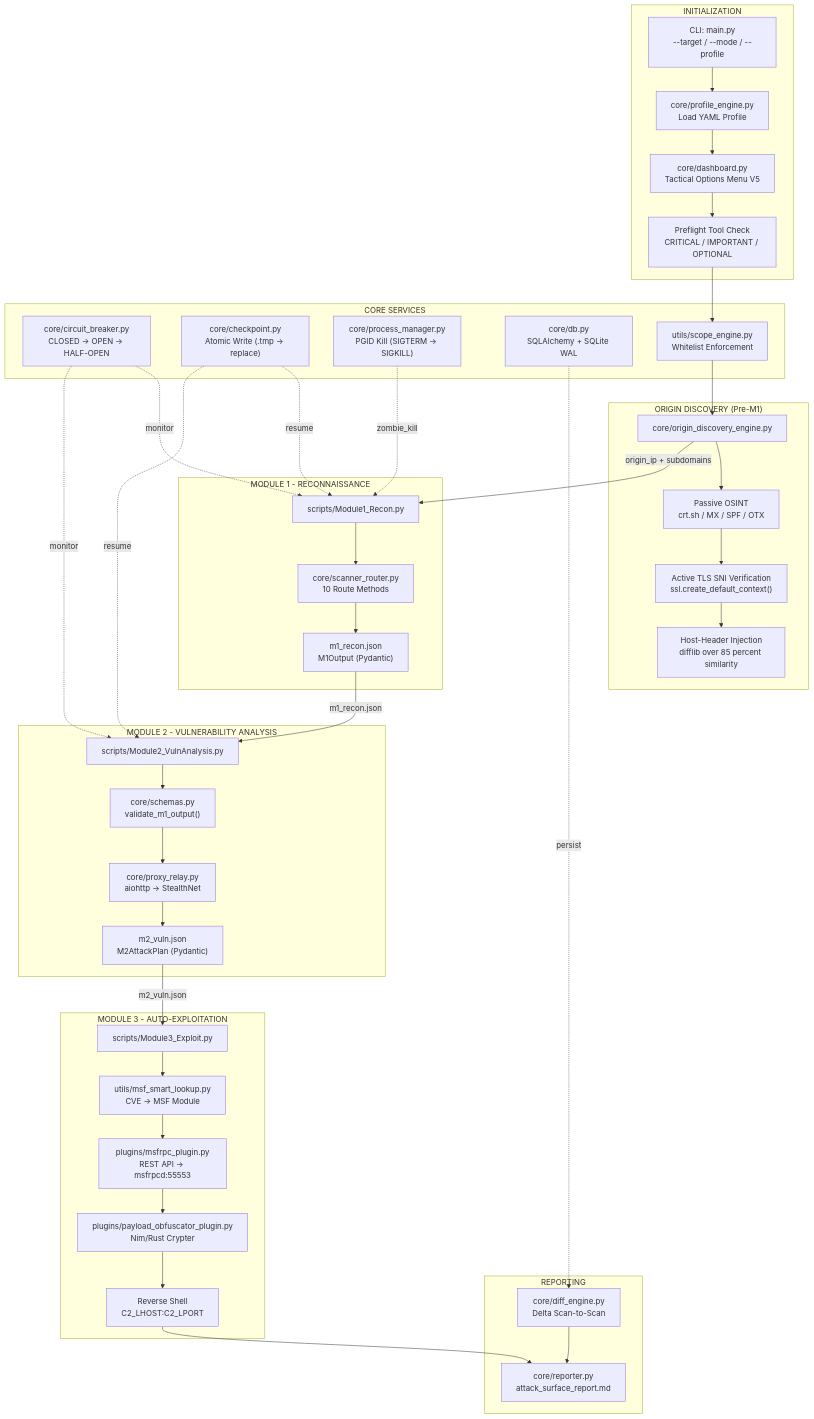
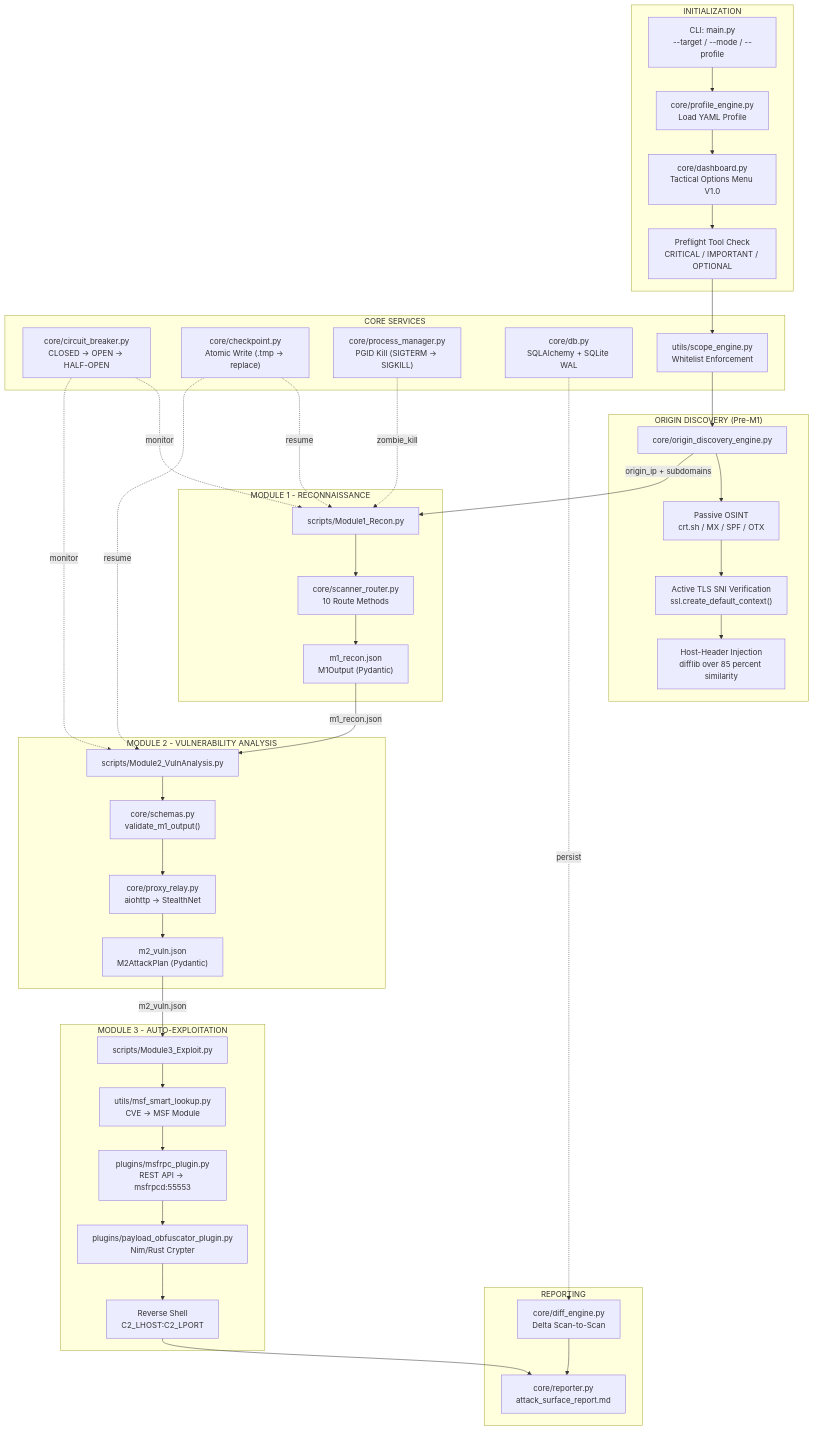
The first of 8 diagrams in README.md (Tc3s/PenLabs), drawn with Mermaid before and after one commit.

Commit message:
docs: update README.md to ensure strict PenLabs V1.0 branding and architecture references

````diff
--- a/README.md
+++ b/README.md
@@ -198,72 +198,72 @@
 ```mermaid
 graph TB
     subgraph INIT["INITIALIZATION"]
         CLI["CLI: main.py<br/>--target / --mode / --profile"]
         PROFILE["core/profile_engine.py<br/>Load YAML Profile"]
-        TUI["core/dashboard.py<br/>Tactical Options Menu V5"]
+        TUI["core/dashboard.py<br/>Tactical Options Menu V1.0"]
         PREFLIGHT["Preflight Tool Check<br/>CRITICAL / IMPORTANT / OPTIONAL"]
         CLI --> PROFILE
         PROFILE --> TUI
         TUI --> PREFLIGHT
     end
 
     subgraph SERVICES["CORE SERVICES"]
         CB["core/circuit_breaker.py<br/>CLOSED -> OPEN -> HALF-OPEN"]
         CKPT["core/checkpoint.py<br/>Atomic Write (.tmp -> replace)"]
         PM["core/process_manager.py<br/>PGID Kill (SIGTERM -> SIGKILL)"]
         DB["core/db.py<br/>SQLAlchemy + SQLite WAL"]
         SCOPE["utils/scope_engine.py<br/>Whitelist Enforcement"]
     end
 
     subgraph ORIGIN["ORIGIN DISCOVERY (Pre-M1)"]
         ODE["core/origin_discovery_engine.py"]
         OSINT["Passive OSINT<br/>crt.sh / MX / SPF / OTX"]
         TLS_SNI["Active TLS SNI Verification<br/>ssl.create_default_context()"]
         HOST_HDR["Host-Header Injection<br/>difflib over 85 percent similarity"]
         ODE --> OSINT --> TLS_SNI --> HOST_HDR
     end
 
     subgraph M1["MODULE 1 - RECONNAISSANCE"]
         M1_SCRIPT["scripts/Module1_Recon.py"]
         SR["core/scanner_router.py<br/>10 Route Methods"]
         M1_OUT["m1_recon.json<br/>M1Output (Pydantic)"]
         M1_SCRIPT --> SR --> M1_OUT
     end
 
     subgraph M2["MODULE 2 - VULNERABILITY ANALYSIS"]
         M2_SCRIPT["scripts/Module2_VulnAnalysis.py"]
         SCHEMA_V["core/schemas.py<br/>validate_m1_output()"]
         RELAY["core/proxy_relay.py<br/>aiohttp -> StealthNet"]
         M2_OUT["m2_vuln.json<br/>M2AttackPlan (Pydantic)"]
         M2_SCRIPT --> SCHEMA_V --> RELAY --> M2_OUT
     end
 
     subgraph M3["MODULE 3 - AUTO-EXPLOITATION"]
         M3_SCRIPT["scripts/Module3_Exploit.py"]
         MSF_LOOKUP["utils/msf_smart_lookup.py<br/>CVE -> MSF Module"]
         MSF_RPC["plugins/msfrpc_plugin.py<br/>REST API -> msfrpcd:55553"]
         PAYLOAD["plugins/payload_obfuscator_plugin.py<br/>Nim/Rust Crypter"]
         SHELL["Reverse Shell<br/>C2_LHOST:C2_LPORT"]
         M3_SCRIPT --> MSF_LOOKUP --> MSF_RPC --> PAYLOAD --> SHELL
     end
 
     subgraph REPORT["REPORTING"]
         RPT["core/reporter.py<br/>attack_surface_report.md"]
         DIFF["core/diff_engine.py<br/>Delta Scan-to-Scan"]
         DIFF --> RPT
     end
 
     PREFLIGHT --> SCOPE
     SCOPE --> ODE
     ODE -->|"origin_ip + subdomains"| M1_SCRIPT
     M1_OUT -->|"m1_recon.json"| M2_SCRIPT
     M2_OUT -->|"m2_vuln.json"| M3_SCRIPT
     SHELL --> RPT
     
     CB -. monitor .-> M1_SCRIPT
     CB -. monitor .-> M2_SCRIPT
     CKPT -. resume .-> M1_SCRIPT
     CKPT -. resume .-> M2_SCRIPT
     PM -. zombie_kill .-> M1_SCRIPT
     DB -. persist .-> DIFF
 ```
````
